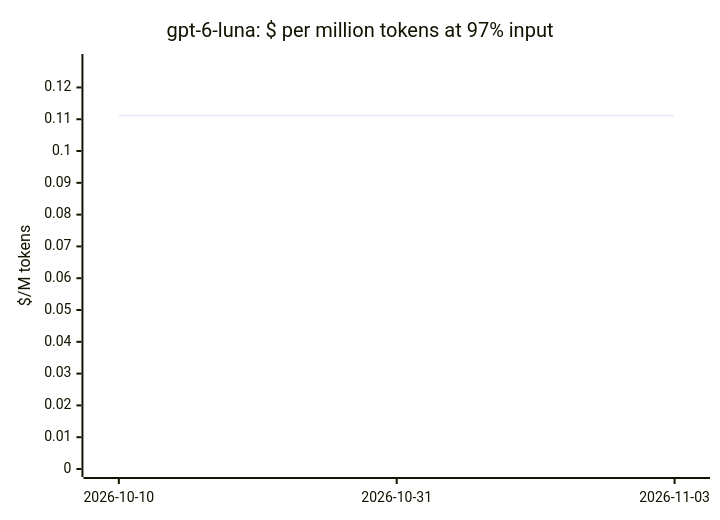
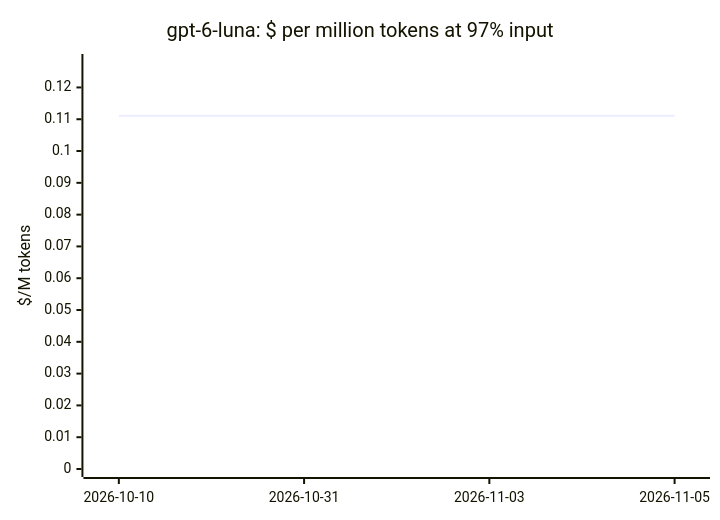
Diagram 12 of 20 in docs/openrouter-models.md (cklukas/OMEGA_TRANSFORM), drawn with Mermaid before and after one commit. The commit also changed other lines of this file and 291 other files, not shown here.

````diff
--- a/docs/openrouter-models.md
+++ b/docs/openrouter-models.md
@@ -240,7 +243,7 @@
 ```mermaid
 xychart-beta
     title "gpt-6-luna: $ per million tokens at 97% input"
-    x-axis ["2026-10-10", "2026-10-31", "2026-11-03"]
+    x-axis ["2026-10-10", "2026-10-31", "2026-11-03", "2026-11-05"]
     y-axis "$/M tokens" 0 --> 0.128
-    line [0.1112, 0.1112, 0.1112]
+    line [0.1111, 0.1111, 0.1111, 0.1111]
 ```
````
